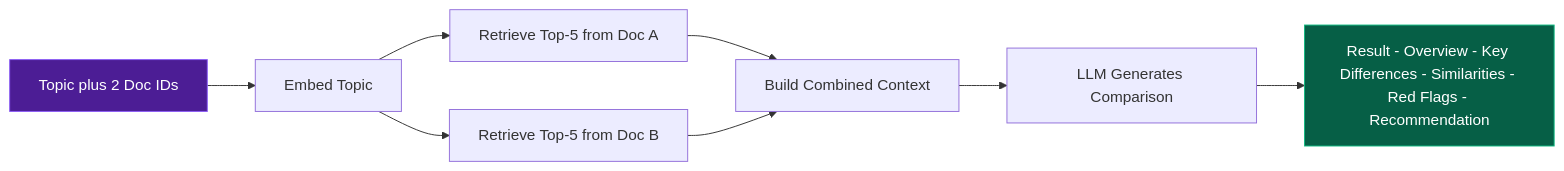
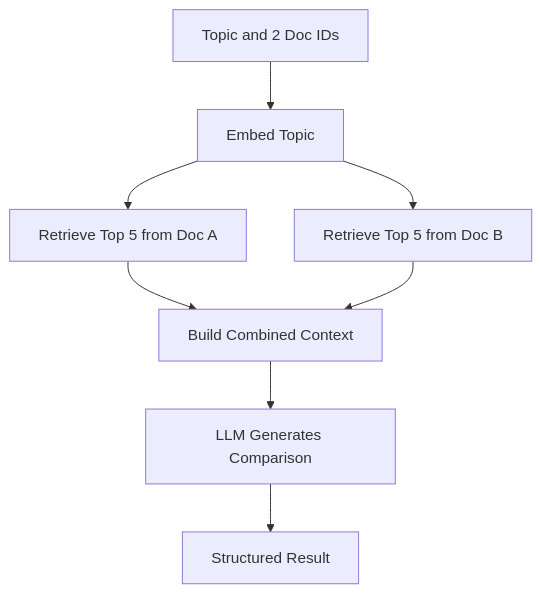
The seventh of 9 diagrams in README.md (AniketB26/What-I-Signed), drawn with Mermaid before and after one commit. The commit also changed other lines of this file, not shown here.

Commit message:
docs: rewrite all mermaid diagrams with GitHub-safe syntax

````diff
--- a/README.md
+++ b/README.md
@@ -551,13 +535,11 @@
 ```mermaid
-graph LR
-    T[Topic plus 2 Doc IDs] --> EMB[Embed Topic]
-    EMB --> RA[Retrieve Top-5 from Doc A]
-    EMB --> RB[Retrieve Top-5 from Doc B]
+graph TD
+    T[Topic and 2 Doc IDs]
+    T --> EMB[Embed Topic]
+    EMB --> RA[Retrieve Top 5 from Doc A]
+    EMB --> RB[Retrieve Top 5 from Doc B]
     RA --> CTX[Build Combined Context]
     RB --> CTX
-    CTX --> LLM[LLM Generates Comparison]
-    LLM --> RES[Result - Overview - Key Differences - Similarities - Red Flags - Recommendation]
-
-    style T fill:#4c1d95,stroke:#8b5cf6,color:#fff
-    style RES fill:#065f46,stroke:#10b981,color:#fff
+    CTX --> LLMC[LLM Generates Comparison]
+    LLMC --> RES[Structured Result]
 ```
````
